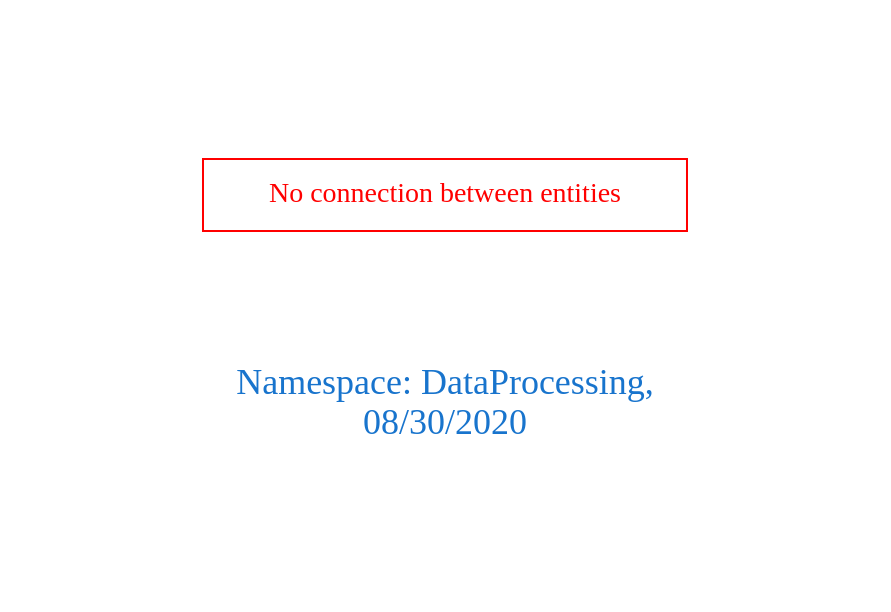
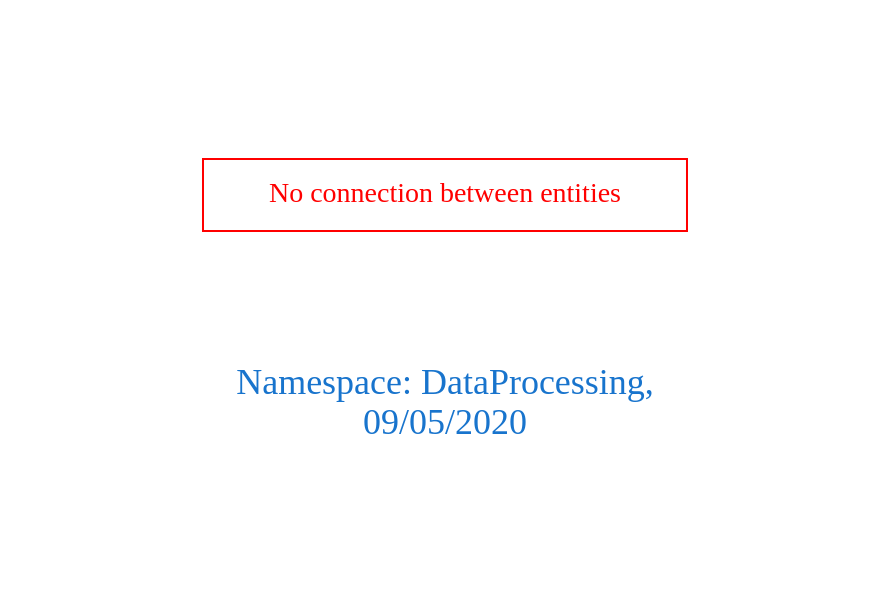
The diagram in downloads/DataProcessing.dot (arago/OGIT), drawn with Graphviz before and after one commit. The commit also changed 1821 other files, not shown here.

```diff
--- a/downloads/DataProcessing.dot
+++ b/downloads/DataProcessing.dot
@@ -1,9 +1,9 @@
 digraph OGIT_ontology {
  graph [ rankdir= LR,pad=1 
 fontsize = 18,
-fontcolor= dodgerblue3,label = "\n\n\nNamespace: DataProcessing, \n 08/30/2020"];
+fontcolor= dodgerblue3,label = "\n\n\nNamespace: DataProcessing, \n 09/05/2020"];
 node[shape=polygon];
 edge [  color="gray81"];
 
 "No connection between entities" [fontcolor = "red",color="red", shape="polygon"]
 }
```
